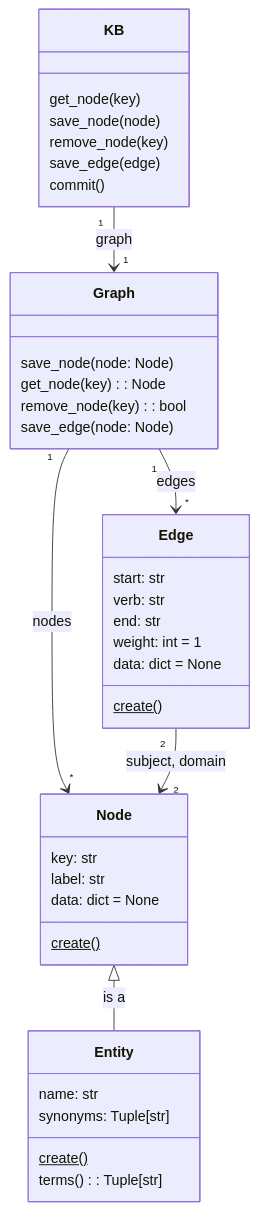
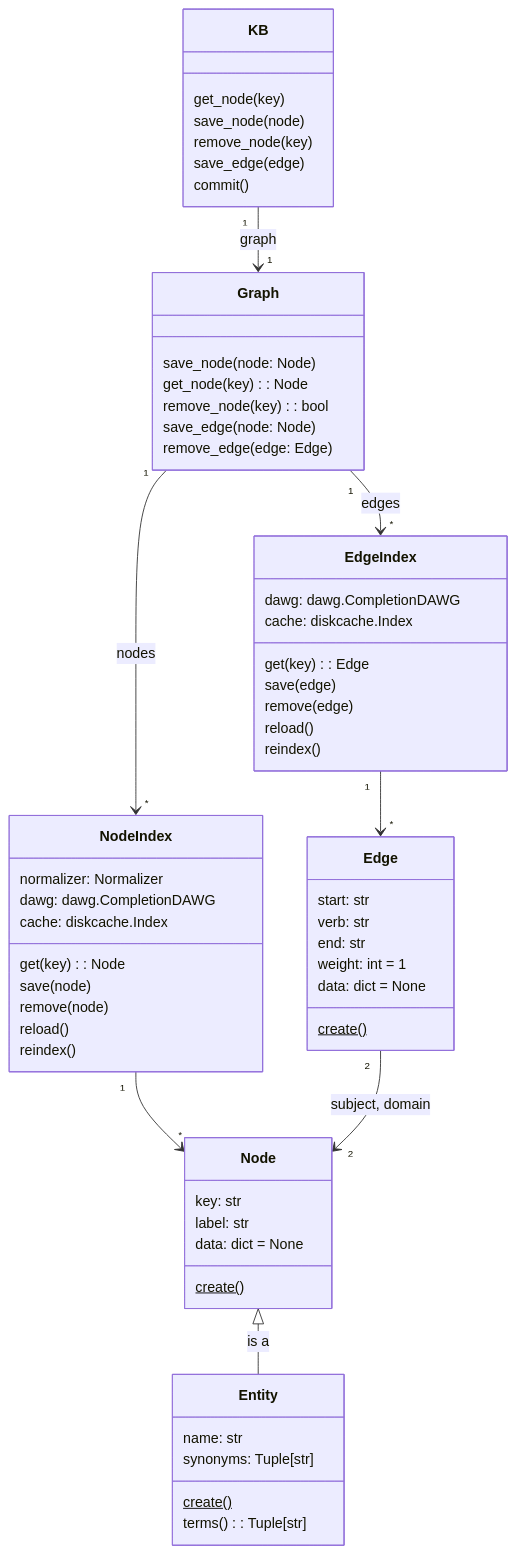
One commit to Cyberian-Dev/entitykb changed the diagram in docs/graph.md. Above: the diagram before and after it, drawn with Mermaid. The commit also changed other lines of this file and 15 other files, not shown here.

````diff
--- a/docs/graph.md
+++ b/docs/graph.md
@@ -18,52 +14,79 @@
 ```mermaid
  classDiagram
 
     class KB {
         get_node(key)
         save_node(node)
         remove_node(key)
         save_edge(edge)
         commit()
     }
 
     KB "1" --> "1" Graph: graph
 
     class Graph {
         save_node(node: Node)
         get_node(key): Node
         remove_node(key): bool
         save_edge(node: Node)
+        remove_edge(edge: Edge)
     }
 
-    Graph "1" --> "*" Node: nodes
+    Graph "1" --> "*" NodeIndex: nodes
+
+    class NodeIndex {
+        normalizer: Normalizer
+        dawg: dawg.CompletionDAWG
+        cache: diskcache.Index
+        get(key): Node
+        save(node)
+        remove(node)
+        reload()
+        reindex()
+    }
+
+    NodeIndex "1" --> "*" Node
 
     class Node {
         key: str
         label: str
         data: dict = None
         create()$
     }
 
     Node <|-- Entity: is a
 
     class Entity {
         name: str
         synonyms: Tuple[str]
         create()$
         terms(): Tuple[str]
     }
 
     Edge "2" --> "2" Node: subject, domain
-    Graph "1" --> "*" Edge: edges
+
+    Graph "1" --> "*" EdgeIndex: edges
+
+    class EdgeIndex {
+        dawg: dawg.CompletionDAWG
+        cache: diskcache.Index
+        get(key): Edge
+        save(edge)
+        remove(edge)
+        reload()
+        reindex()
+    }
+
+    EdgeIndex "1" --> "*" Edge
 
     class Edge {
         start: str
         verb: str
         end: str
         weight: int = 1
         data: dict = None
         create()$
     }
 
 
 ```
````
